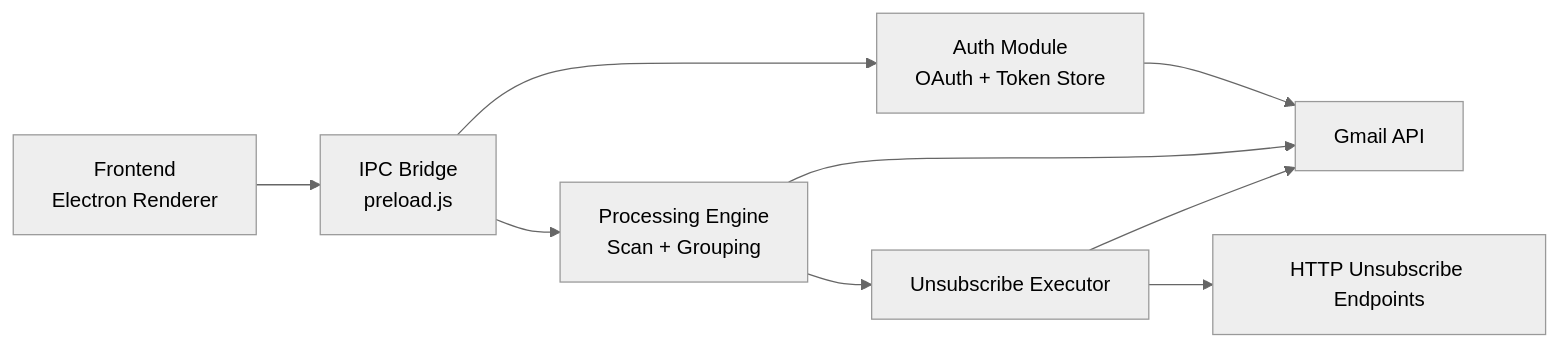
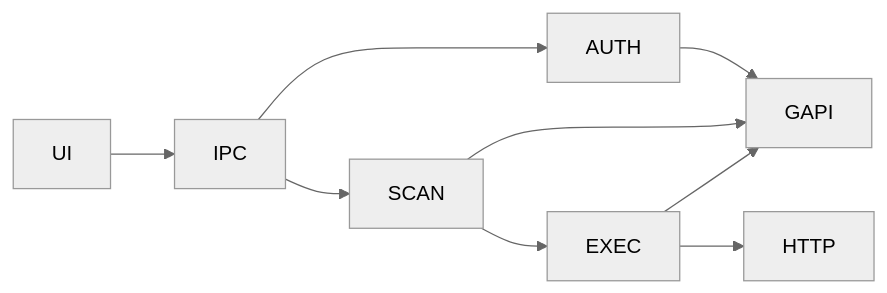
One commit to Kaelith69/UnSub changed the diagram in gmail-unsub-electron/README.md. Above: the diagram before and after it, drawn with Mermaid (neutral theme). The commit also changed other lines of this file and 4 other files, not shown here.

````diff
--- a/gmail-unsub-electron/README.md
+++ b/gmail-unsub-electron/README.md
@@ -193,11 +30,11 @@
 ```mermaid
 flowchart LR
-   UI[Frontend<br/>Electron Renderer] --> IPC[IPC Bridge<br/>preload.js]
-   IPC --> AUTH[Auth Module<br/>OAuth + Token Store]
-   IPC --> SCAN[Processing Engine<br/>Scan + Grouping]
-   AUTH --> GAPI[Gmail API]
+   UI --> IPC
+   IPC --> AUTH
+   IPC --> SCAN
+   AUTH --> GAPI
    SCAN --> GAPI
-   SCAN --> EXEC[Unsubscribe Executor]
+   SCAN --> EXEC
    EXEC --> GAPI
-   EXEC --> HTTP[HTTP Unsubscribe Endpoints]
+   EXEC --> HTTP
 ```
````
